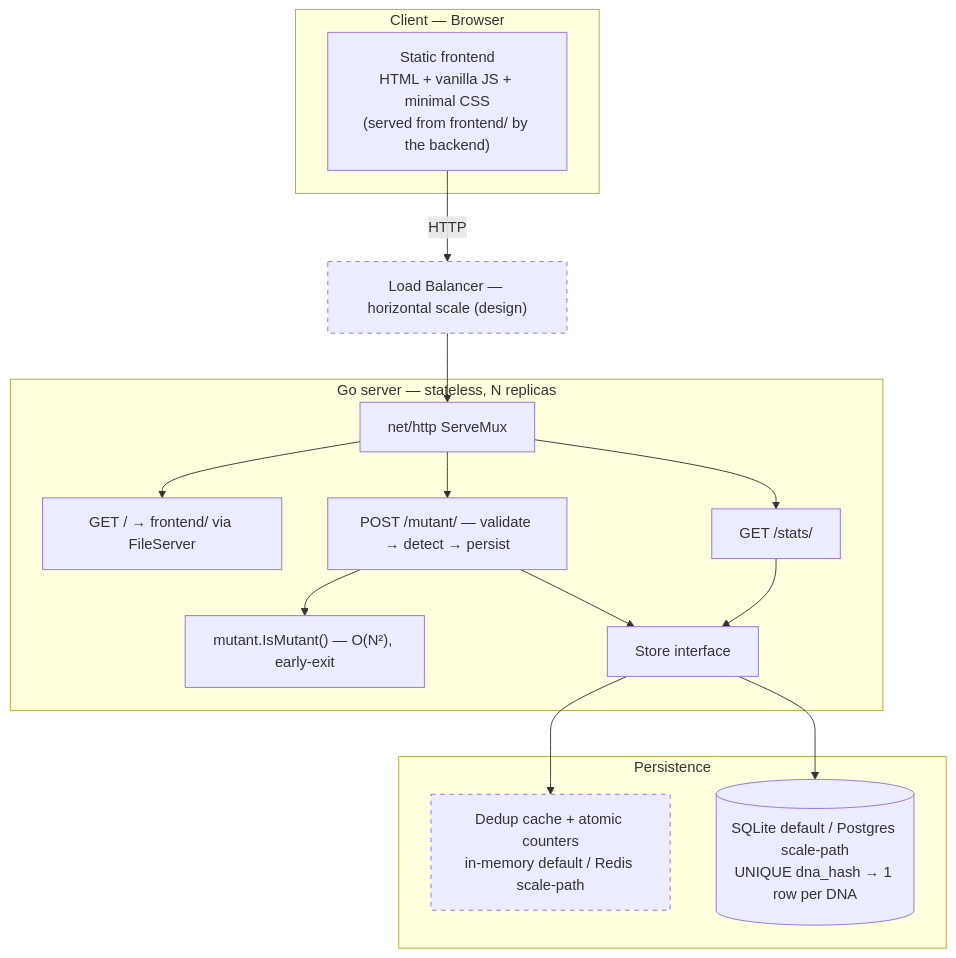
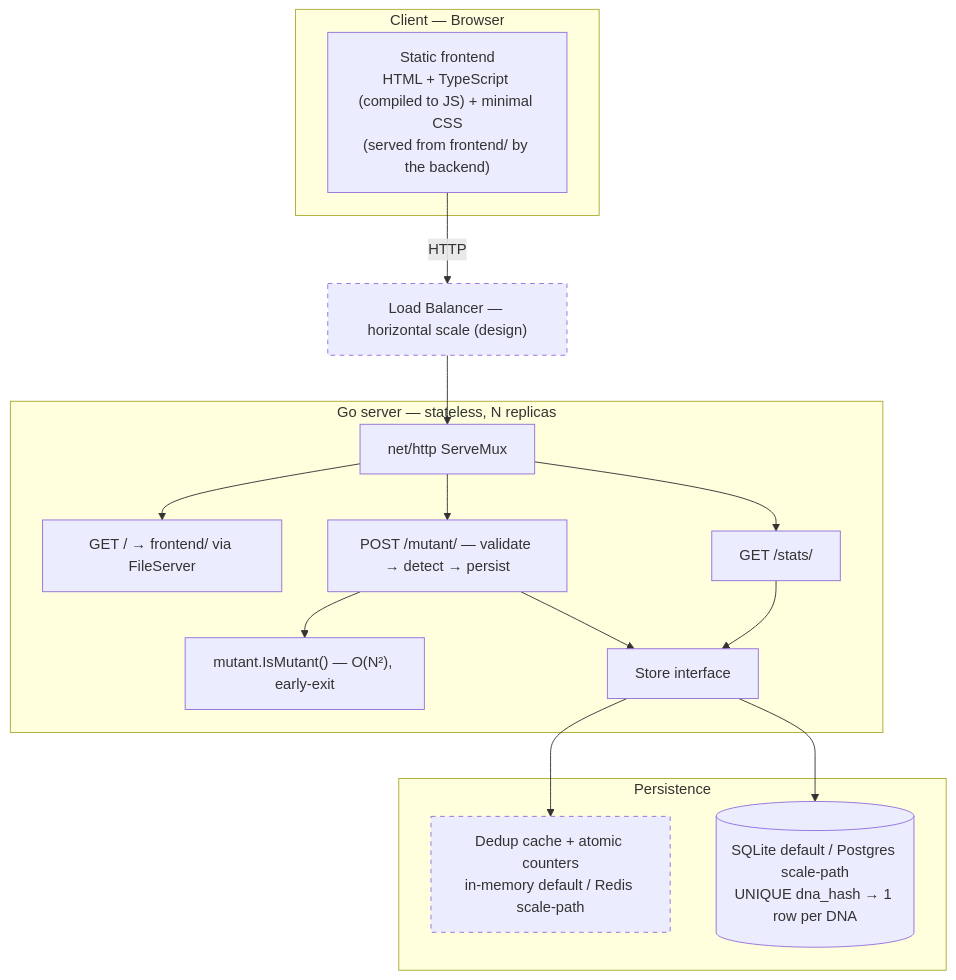
One commit to ShreyKumar/rif-take-home-challenge changed the first of 2 diagrams in requirements.md. Above: the diagram before and after it, drawn with Mermaid. The commit also changed other lines of this file and 9 other files, not shown here.

First line of the commit message:
feat: migrate frontend to TypeScript

````diff
--- a/requirements.md
+++ b/requirements.md
@@ -233,35 +248,35 @@
 ```mermaid
 flowchart TB
     subgraph Client["Client — Browser"]
-        UI["Static frontend<br/>HTML + vanilla JS + minimal CSS<br/>(served from frontend/ by the backend)"]
+        UI["Static frontend<br/>HTML + TypeScript (compiled to JS) + minimal CSS<br/>(served from frontend/ by the backend)"]
     end
 
     LB["Load Balancer — horizontal scale (design)"]:::scale
 
     subgraph Server["Go server — stateless, N replicas"]
         Router["net/http ServeMux"]
         Static["GET / → frontend/ via FileServer"]
         MutantH["POST /mutant/ — validate → detect → persist"]
         StatsH["GET /stats/"]
         Algo["mutant.IsMutant() — O(N²), early-exit"]
         Store["Store interface"]
     end
 
     subgraph Data["Persistence"]
         Counters["Dedup cache + atomic counters<br/>in-memory default / Redis scale-path"]:::scale
         DB[("SQLite default / Postgres scale-path<br/>UNIQUE dna_hash → 1 row per DNA")]
     end
 
     UI -->|HTTP| LB
     LB --> Router
     Router --> Static
     Router --> MutantH
     Router --> StatsH
     MutantH --> Algo
     MutantH --> Store
     StatsH --> Store
     Store --> Counters
     Store --> DB
 
     classDef scale stroke-dasharray:5 5;
 ```
````
